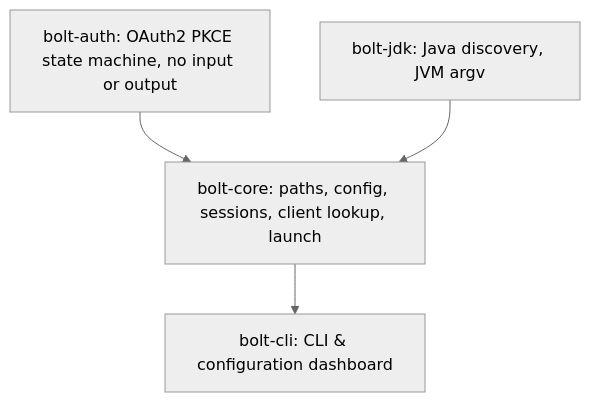
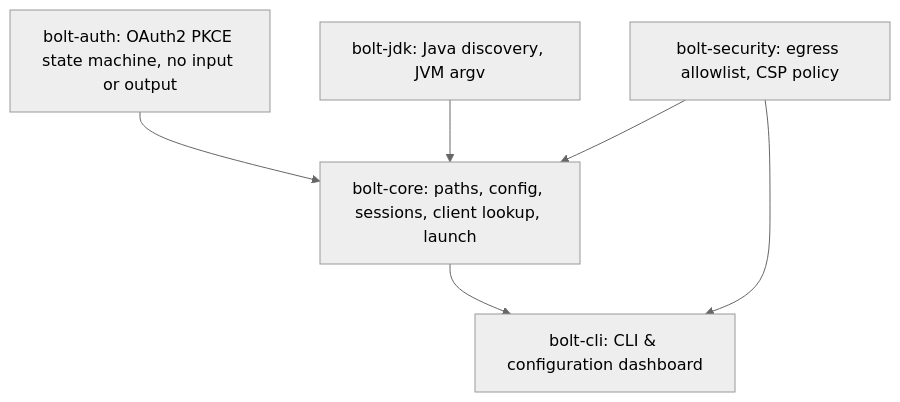
Before and after one commit to nullparity/rustyBolt: the diagram in README.md, drawn with Mermaid (neutral theme). The commit also changed other lines of this file and 12 other files, not shown here.

Commit message:
Add bolt-security crate for zero-trust egress and CSP lockdown

````diff
--- a/README.md
+++ b/README.md
@@ -107,6 +107,8 @@
 ```mermaid
 graph TD
     A[bolt-auth: OAuth2 PKCE state machine, no input or output] --> C[bolt-core]
     B[bolt-jdk: Java discovery, JVM argv] --> C
+    E[bolt-security: egress allowlist, CSP policy] --> C
     C[bolt-core: paths, config, sessions, client lookup, launch] --> D[bolt-cli: CLI & configuration dashboard]
+    E --> D
 ```
````
